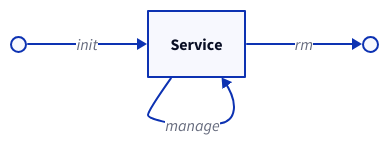
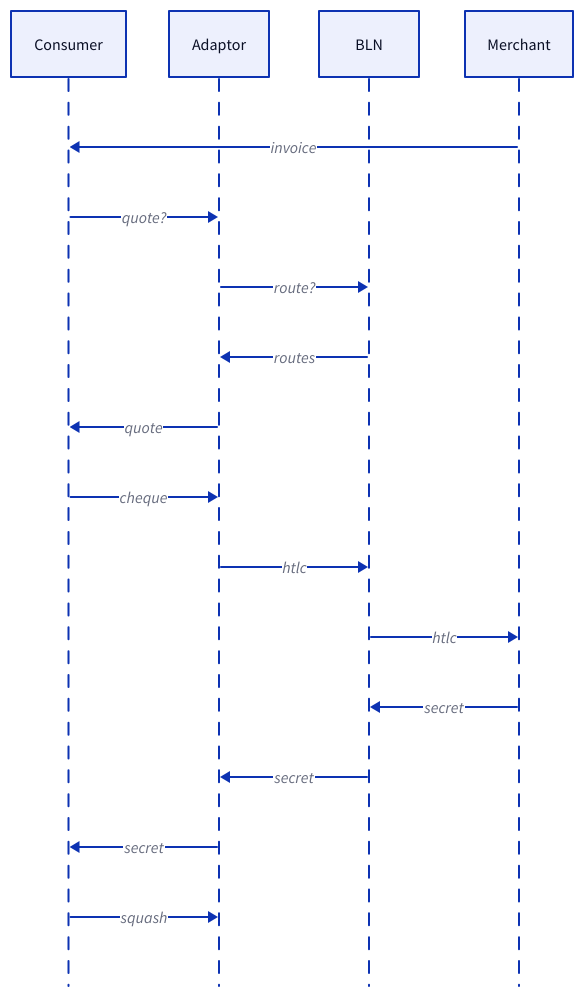
One commit to cardano-lightning/konduit changed the second of 3 diagrams in docs/processes/index.md. Above: the diagram before and after it, drawn with D2. The commit also changed other lines of this file and 1 other file, not shown here.

````diff
--- a/docs/processes/index.md
+++ b/docs/processes/index.md
@@ -211,18 +90,27 @@
 ```d2
-direction: right
-vars: {
-  d2-config: {
-    layout-engine: elk
-    pad: 5
-  }
+vars {
+    d2-config {
+        layout-engine: elk
+    }
 }
 
-# States
-o: "" { shape: circle; width: 15; height: 15 }
-x: "" { shape: circle; width: 15; height: 15 }
+shape: sequence_diagram
 
-# Minimal Lifecycle
-o -> Service: init
-Service -> Service: manage
-Service -> x: rm
+Consumer: Consumer
+Adaptor: Adaptor
+BLN: BLN
+Merchant: Merchant
+
+Merchant -> Consumer: invoice
+Consumer -> Adaptor: quote?
+Adaptor -> BLN: route?
+BLN -> Adaptor: routes
+Adaptor -> Consumer: quote
+Consumer -> Adaptor: cheque
+Adaptor -> BLN: htlc
+BLN -> Merchant: htlc
+Merchant -> BLN: secret
+BLN -> Adaptor: secret
+Adaptor -> Consumer: secret
+Consumer -> Adaptor: squash
 ```
````
